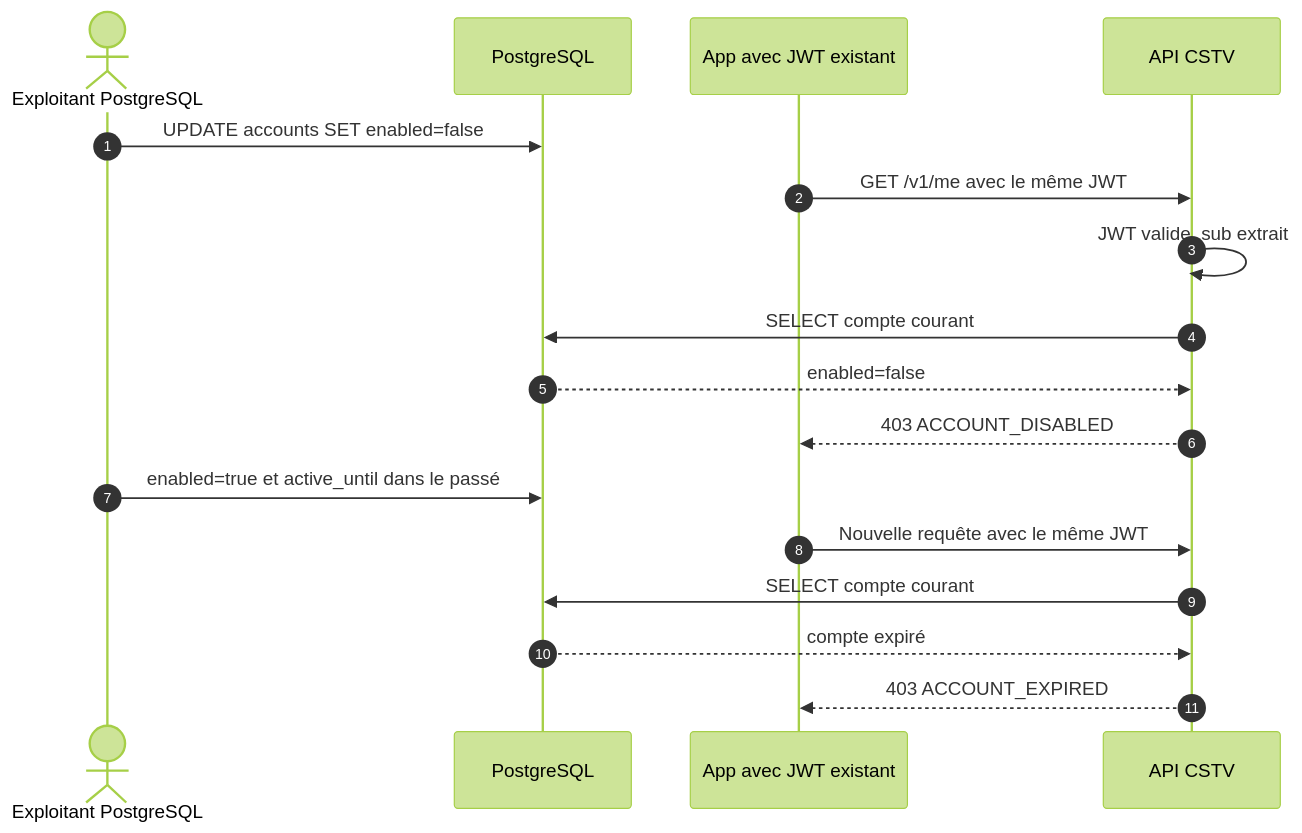
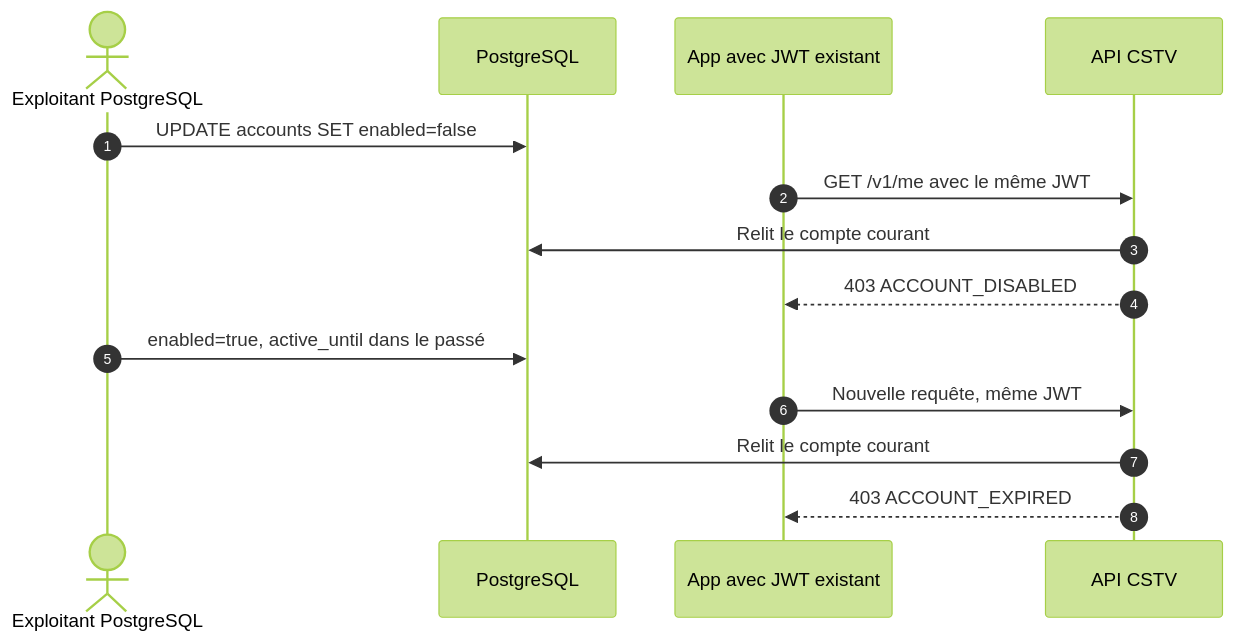
Before and after one commit to scilone/cstv: the fifth of 5 diagrams in docs/api/app-api-sequence.md, drawn with Mermaid (forest theme). The commit also changed other lines of this file and 40 other files, not shown here.

````diff
--- a/docs/api/app-api-sequence.md
+++ b/docs/api/app-api-sequence.md
@@ -130,21 +132,18 @@
 ```mermaid
 sequenceDiagram
     autonumber
     actor Admin as Exploitant PostgreSQL
     participant DB as PostgreSQL
     participant App as App avec JWT existant
     participant API as API CSTV
 
     Admin->>DB: UPDATE accounts SET enabled=false
     App->>API: GET /v1/me avec le même JWT
-    API->>API: JWT valide, sub extrait
-    API->>DB: SELECT compte courant
-    DB-->>API: enabled=false
+    API->>DB: Relit le compte courant
     API-->>App: 403 ACCOUNT_DISABLED
 
-    Admin->>DB: enabled=true et active_until dans le passé
-    App->>API: Nouvelle requête avec le même JWT
-    API->>DB: SELECT compte courant
-    DB-->>API: compte expiré
+    Admin->>DB: enabled=true, active_until dans le passé
+    App->>API: Nouvelle requête, même JWT
+    API->>DB: Relit le compte courant
     API-->>App: 403 ACCOUNT_EXPIRED
 ```
````
